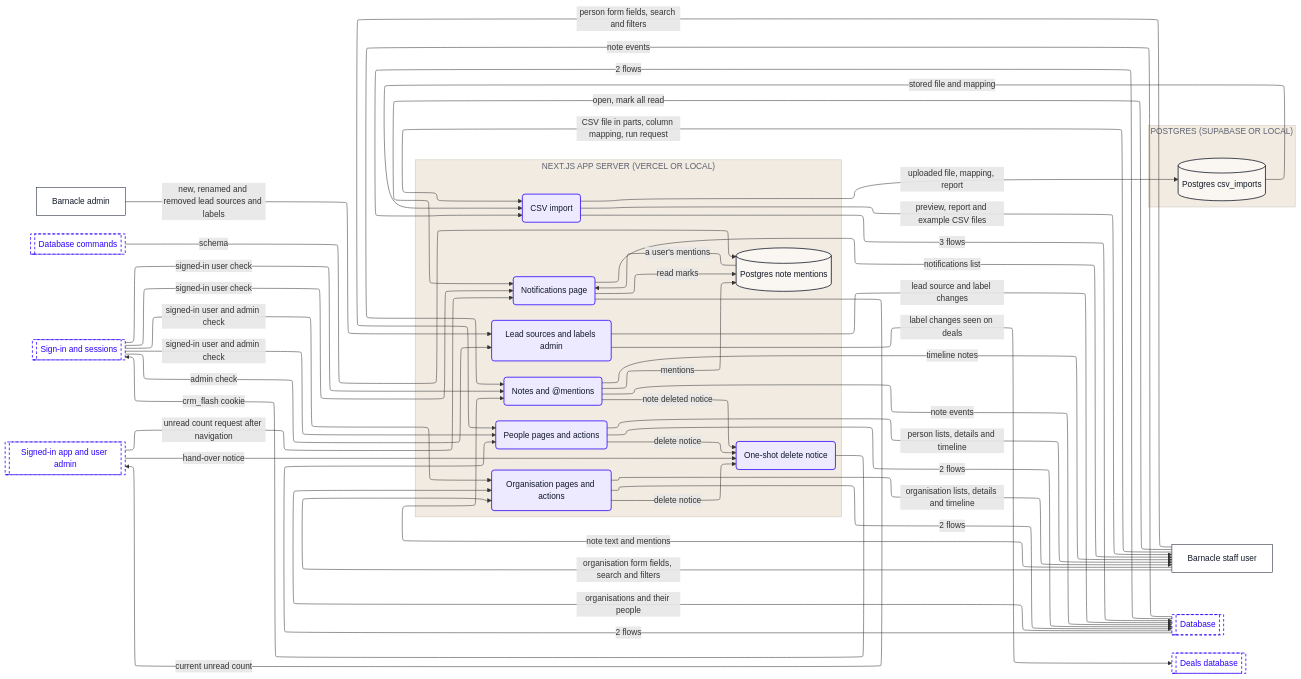
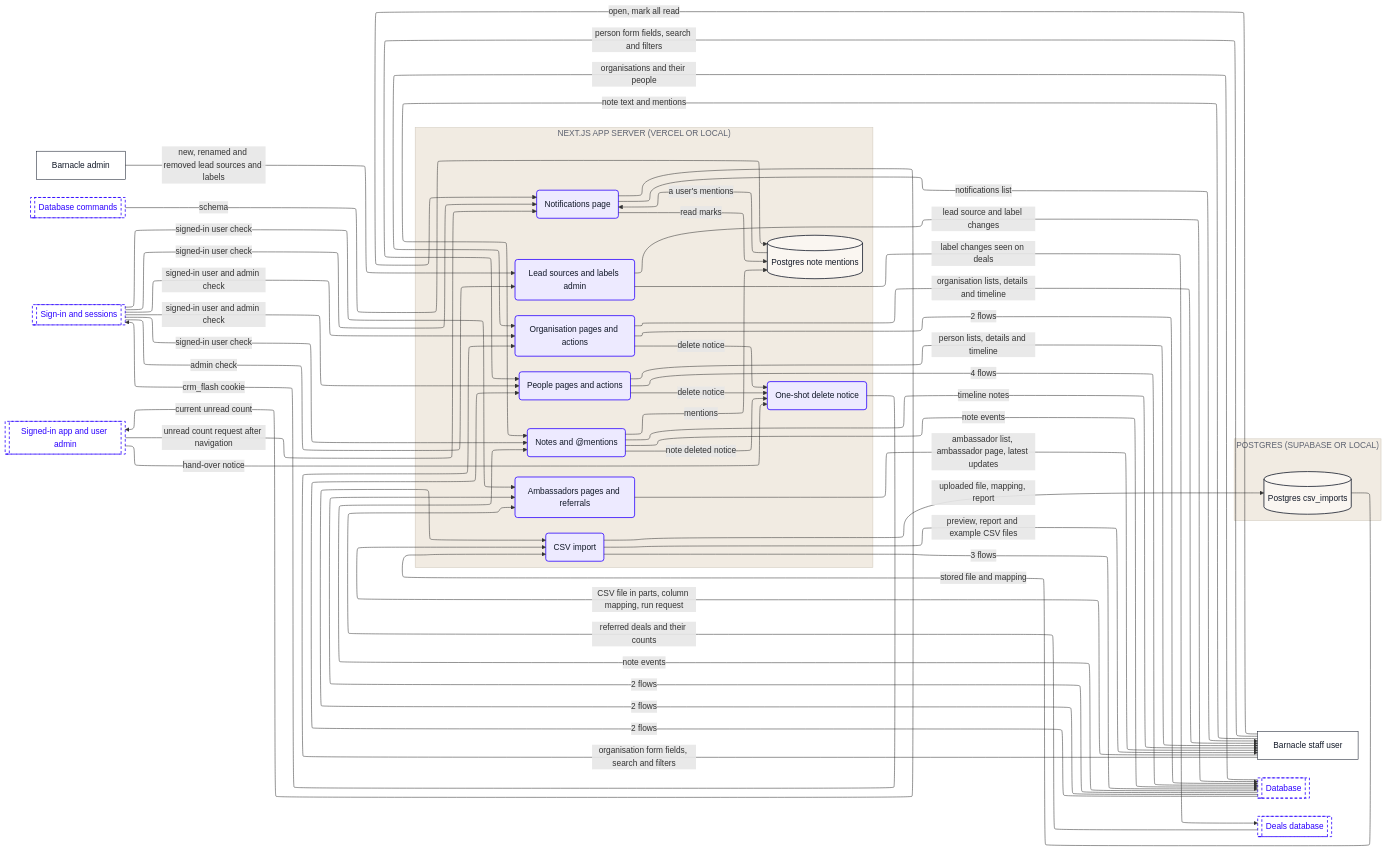
Before and after one commit to Romain-Perche/Barnacle-Pipe: the seventh of 10 diagrams in dataflow/DATAFLOW.md, drawn with Mermaid. The commit also changed other lines of this file and 14 other files, not shown here.

````diff
--- a/dataflow/DATAFLOW.md
+++ b/dataflow/DATAFLOW.md
@@ -352,62 +354,67 @@
     n1["Barnacle admin"]
     n2["Barnacle staff user"]
     subgraph z1["NEXT.JS APP SERVER (VERCEL OR LOCAL)"]
-        n3("Lead sources and labels admin")
-        n4("CSV import")
-        n5[("Postgres note mentions")]
-        n6("Notes and @mentions")
-        n7("Notifications page")
-        n8("Organisation pages and actions")
-        n9("People pages and actions")
-        n10("One-shot delete notice")
+        n3("Ambassadors pages and referrals")
+        n4("Lead sources and labels admin")
+        n5("CSV import")
+        n6[("Postgres note mentions")]
+        n7("Notes and @mentions")
+        n8("Notifications page")
+        n9("Organisation pages and actions")
+        n10("People pages and actions")
+        n11("One-shot delete notice")
     end
     subgraph z2["POSTGRES (SUPABASE OR LOCAL)"]
-        n11[("Postgres csv_imports")]
+        n12[("Postgres csv_imports")]
     end
-    n12[["Database"]]
-    n13[["Database commands"]]
-    n14[["Deals database"]]
-    n15[["Sign-in and sessions"]]
-    n16[["Signed-in app and user admin"]]
-    n1 -->|"new, renamed and removed lead sources and labels"| n3
-    n16 -->|"unread count request after navigation"| n7
-    n3 -->|"lead source and label changes"| n12
-    n3 -->|"label changes seen on deals"| n14
-    n12 -->|"2 flows"| n4
-    n12 -->|"2 flows"| n9
-    n4 -->|"uploaded file, mapping, report"| n11
-    n4 -->|"3 flows"| n12
-    n4 -->|"preview, report and example CSV files"| n2
-    n11 -->|"stored file and mapping"| n4
-    n13 -->|"schema"| n5
-    n5 -->|"a user's mentions"| n7
-    n6 -->|"mentions"| n5
-    n6 -->|"note deleted notice"| n10
-    n6 -->|"timeline notes"| n2
-    n6 -->|"note events"| n12
-    n7 -->|"current unread count"| n16
-    n7 -->|"read marks"| n5
-    n7 -->|"notifications list"| n2
-    n8 -->|"2 flows"| n12
-    n8 -->|"delete notice"| n10
-    n8 -->|"organisation lists, details and timeline"| n2
-    n12 -->|"organisations and their people"| n8
-    n9 -->|"2 flows"| n12
-    n9 -->|"delete notice"| n10
-    n9 -->|"person lists, details and timeline"| n2
-    n10 -->|"crm_flash cookie"| n15
-    n15 -->|"admin check"| n3
-    n15 -->|"signed-in user check"| n6
-    n15 -->|"signed-in user check"| n7
-    n15 -->|"signed-in user and admin check"| n8
-    n15 -->|"signed-in user and admin check"| n9
-    n2 -->|"CSV file in parts, column mapping, run request"| n4
-    n2 -->|"note text and mentions"| n6
-    n2 -->|"open, mark all read"| n7
-    n2 -->|"organisation form fields, search and filters"| n8
-    n2 -->|"person form fields, search and filters"| n9
-    n12 -->|"note events"| n6
-    n16 -->|"hand-over notice"| n10
+    n13[["Database"]]
+    n14[["Database commands"]]
+    n15[["Deals database"]]
+    n16[["Sign-in and sessions"]]
+    n17[["Signed-in app and user admin"]]
+    n1 -->|"new, renamed and removed lead sources and labels"| n4
+    n3 -->|"ambassador list, ambassador page, latest updates"| n2
+    n17 -->|"unread count request after navigation"| n8
+    n4 -->|"lead source and label changes"| n13
+    n4 -->|"label changes seen on deals"| n15
+    n13 -->|"2 flows"| n5
+    n13 -->|"2 flows"| n10
+    n5 -->|"uploaded file, mapping, report"| n12
+    n5 -->|"3 flows"| n13
+    n5 -->|"preview, report and example CSV files"| n2
+    n12 -->|"stored file and mapping"| n5
+    n15 -->|"referred deals and their counts"| n3
+    n14 -->|"schema"| n6
+    n6 -->|"a user's mentions"| n8
+    n7 -->|"mentions"| n6
+    n7 -->|"note deleted notice"| n11
+    n7 -->|"timeline notes"| n2
+    n7 -->|"note events"| n13
+    n8 -->|"current unread count"| n17
+    n8 -->|"read marks"| n6
+    n8 -->|"notifications list"| n2
+    n9 -->|"2 flows"| n13
+    n9 -->|"delete notice"| n11
+    n9 -->|"organisation lists, details and timeline"| n2
+    n13 -->|"organisations and their people"| n9
+    n10 -->|"4 flows"| n13
+    n10 -->|"delete notice"| n11
+    n10 -->|"person lists, details and timeline"| n2
+    n13 -->|"2 flows"| n3
+    n11 -->|"crm_flash cookie"| n16
+    n16 -->|"signed-in user check"| n3
+    n16 -->|"admin check"| n4
+    n16 -->|"signed-in user check"| n7
+    n16 -->|"signed-in user check"| n8
+    n16 -->|"signed-in user and admin check"| n9
+    n16 -->|"signed-in user and admin check"| n10
+    n2 -->|"CSV file in parts, column mapping, run request"| n5
+    n2 -->|"note text and mentions"| n7
+    n2 -->|"open, mark all read"| n8
+    n2 -->|"organisation form fields, search and filters"| n9
+    n2 -->|"person form fields, search and filters"| n10
+    n13 -->|"note events"| n7
+    n17 -->|"hand-over notice"| n11
     classDef actor fill:#FFFFFF,stroke:#111827,stroke-width:1px,color:#111827
     classDef process fill:#EDEAFF,stroke:#2B00FF,stroke-width:1.5px,color:#111827
     classDef store fill:#FAF6F1,stroke:#111827,stroke-width:1.5px,color:#111827
@@ -415,9 +422,9 @@
     classDef group fill:#2B00FF,stroke:#2B00FF,color:#FFFFFF
     classDef stub fill:#FFFFFF,stroke:#2B00FF,stroke-width:1.5px,stroke-dasharray:5 4,color:#2B00FF
     class n1,n2 actor
-    class n3,n4,n6,n7,n8,n9,n10 process
-    class n5,n11 store
-    class n12,n13,n14,n15,n16 stub
+    class n3,n4,n5,n7,n8,n9,n10,n11 process
+    class n6,n12 store
+    class n13,n14,n15,n16,n17 stub
     style z1 fill:#F1EBE2,stroke:#CFC7BB,color:#5D6270
     style z2 fill:#F1EBE2,stroke:#CFC7BB,color:#5D6270
 ```
````
